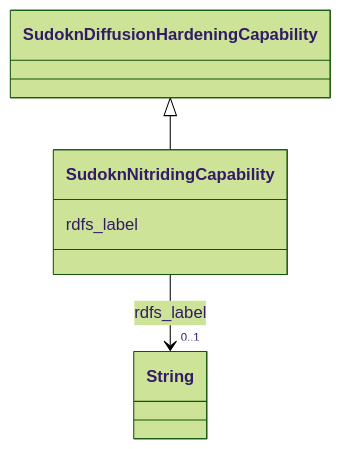
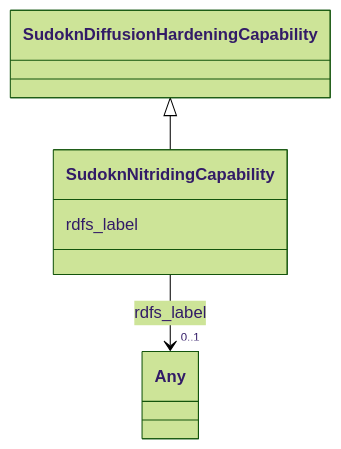
Before and after one commit to frink-okn/graph-descriptions: the diagram in sudokn-kg/classes/SudoknNitridingCapability.md, drawn with Mermaid (forest theme). The commit also changed other lines of this file and 903 other files, not shown here.

````diff
--- a/sudokn-kg/classes/SudoknNitridingCapability.md
+++ b/sudokn-kg/classes/SudoknNitridingCapability.md
@@ -23,18 +18,18 @@
 ```mermaid
  classDiagram
     class SudoknNitridingCapability
     click SudoknNitridingCapability href "../SudoknNitridingCapability"
       SudoknDiffusionHardeningCapability <|-- SudoknNitridingCapability
         click SudoknDiffusionHardeningCapability href "../SudoknDiffusionHardeningCapability"
       
       SudoknNitridingCapability : rdfs_label
         
           
     
     
-    SudoknNitridingCapability --> "0..1" String : rdfs_label
-    click String href "../String"
+    SudoknNitridingCapability --> "0..1" Any : rdfs_label
+    click Any href "../Any"
 
         
       
 ```
````
